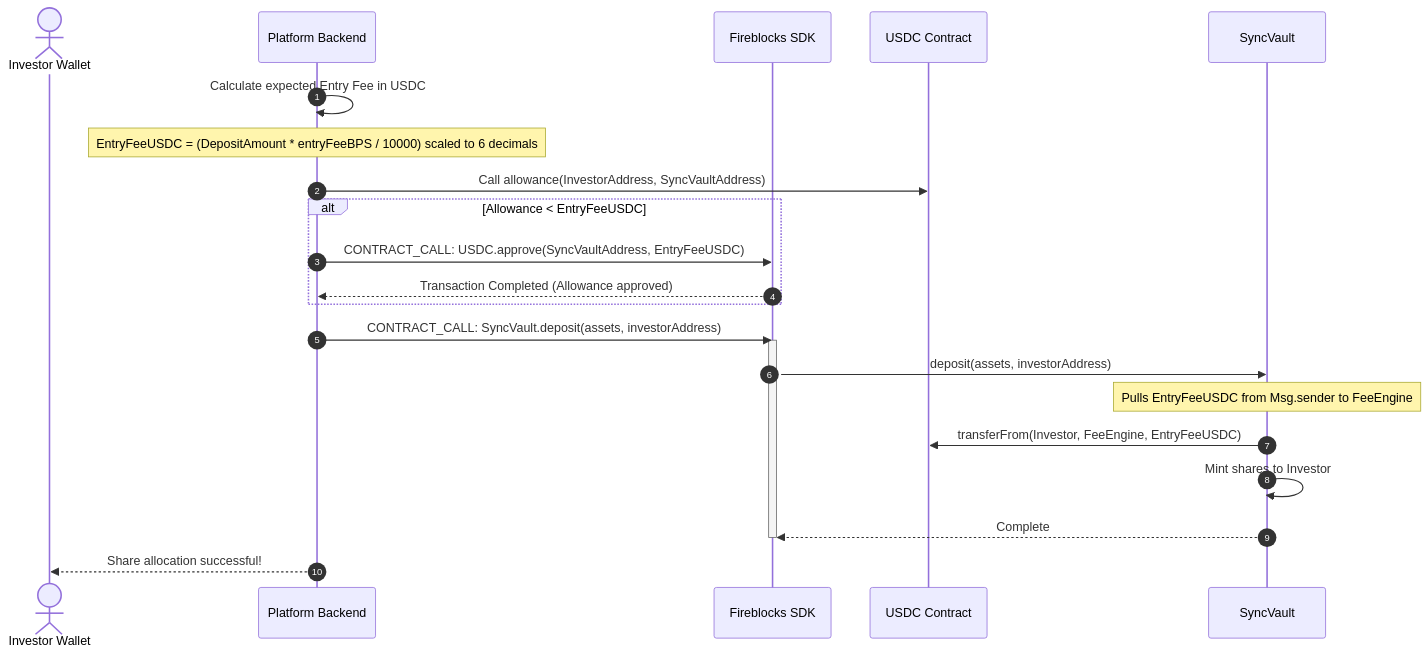
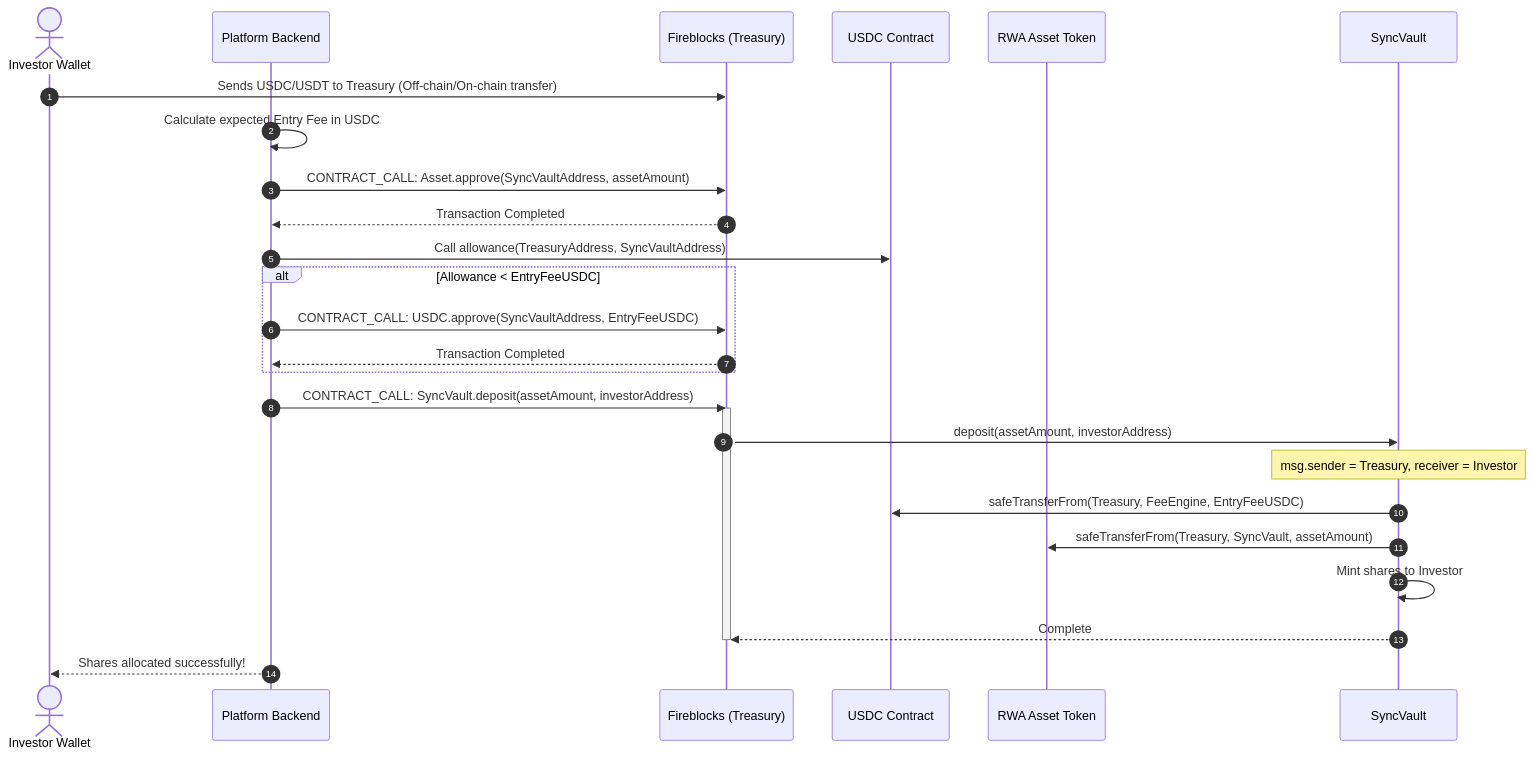
The second of 2 diagrams in BACKEND_v6_FEE_INTEGRATION.md (Fathimaath/CRATS-Protocol), drawn with Mermaid before and after one commit. The commit also changed other lines of this file and 1 other file, not shown here.

Commit message:
fixed the FeeEngine bug that takes rwa instead of stablecoin V6 , v6_Document

````diff
--- a/BACKEND_v6_FEE_INTEGRATION.md
+++ b/BACKEND_v6_FEE_INTEGRATION.md
@@ -81,29 +94,33 @@
 ```mermaid
 sequenceDiagram
     autonumber
-    actor Inv as Investor Wallet
+    actor Investor as Investor Wallet
     participant Portal as Platform Backend
-    participant FB as Fireblocks SDK
+    participant FB as Fireblocks (Treasury)
     participant USDC as USDC Contract
+    participant Asset as RWA Asset Token
     participant SV as SyncVault
 
+    Investor->>FB: Sends USDC/USDT to Treasury (Off-chain/On-chain transfer)
     Portal->>Portal: Calculate expected Entry Fee in USDC
-    Note over Portal: EntryFeeUSDC = (DepositAmount * entryFeeBPS / 10000) scaled to 6 decimals
-
-    Portal->>USDC: Call allowance(InvestorAddress, SyncVaultAddress)
     
+    Portal->>FB: CONTRACT_CALL: Asset.approve(SyncVaultAddress, assetAmount)
+    FB-->>Portal: Transaction Completed
+    
+    Portal->>USDC: Call allowance(TreasuryAddress, SyncVaultAddress)
     alt Allowance < EntryFeeUSDC
         Portal->>FB: CONTRACT_CALL: USDC.approve(SyncVaultAddress, EntryFeeUSDC)
-        FB-->>Portal: Transaction Completed (Allowance approved)
+        FB-->>Portal: Transaction Completed
     end
 
-    Portal->>FB: CONTRACT_CALL: SyncVault.deposit(assets, investorAddress)
+    Portal->>FB: CONTRACT_CALL: SyncVault.deposit(assetAmount, investorAddress)
     activate FB
-    FB->>SV: deposit(assets, investorAddress)
-    Note over SV: Pulls EntryFeeUSDC from Msg.sender to FeeEngine
-    SV->>USDC: transferFrom(Investor, FeeEngine, EntryFeeUSDC)
+    FB->>SV: deposit(assetAmount, investorAddress)
+    Note over SV: msg.sender = Treasury, receiver = Investor
+    SV->>USDC: safeTransferFrom(Treasury, FeeEngine, EntryFeeUSDC)
+    SV->>Asset: safeTransferFrom(Treasury, SyncVault, assetAmount)
     SV->>SV: Mint shares to Investor
     SV-->>FB: Complete
     deactivate FB
-    Portal-->>Inv: Share allocation successful!
+    Portal-->>Investor: Shares allocated successfully!
 ```
````
